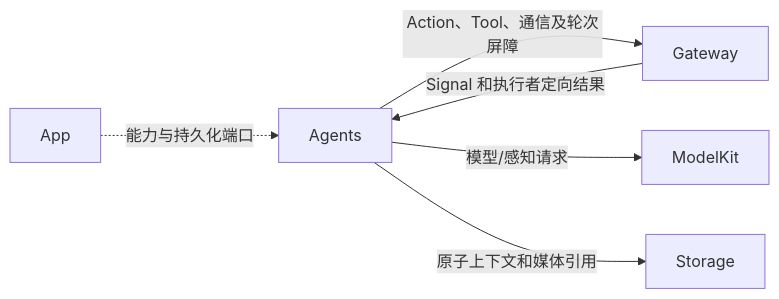
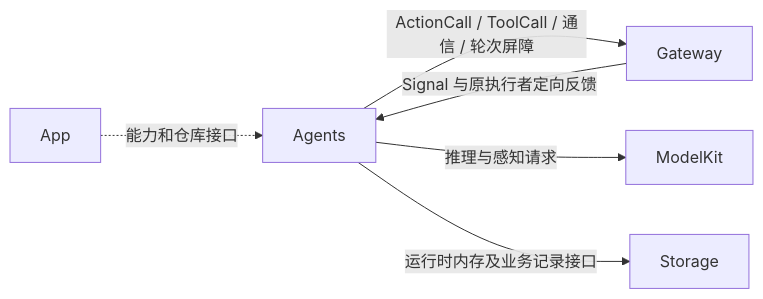
The first of 2 diagrams in MobileHarness/Agents/README.md (devilyouwei/MobileHarness), drawn with Mermaid before and after one commit. The commit also changed other lines of this file and 160 other files, not shown here.

````diff
--- a/MobileHarness/Agents/README.md
+++ b/MobileHarness/Agents/README.md
@@ -13,8 +9,8 @@
 ```mermaid
 flowchart LR
- App -.->|能力与持久化端口| Agents
- Gateway -->|Signal 和执行者定向结果| Agents
- Agents -->|Action、Tool、通信及轮次屏障| Gateway
- Agents -->|模型/感知请求| ModelKit
- Agents -->|原子上下文和媒体引用| Storage
+ App -.->|能力和仓库接口| Agents
+ Gateway -->|Signal 与原执行者定向反馈| Agents
+ Agents -->|ActionCall / ToolCall / 通信 / 轮次屏障| Gateway
+ Agents -->|推理与感知请求| ModelKit
+ Agents -->|运行时内存及业务记录接口| Storage
 ```
````
